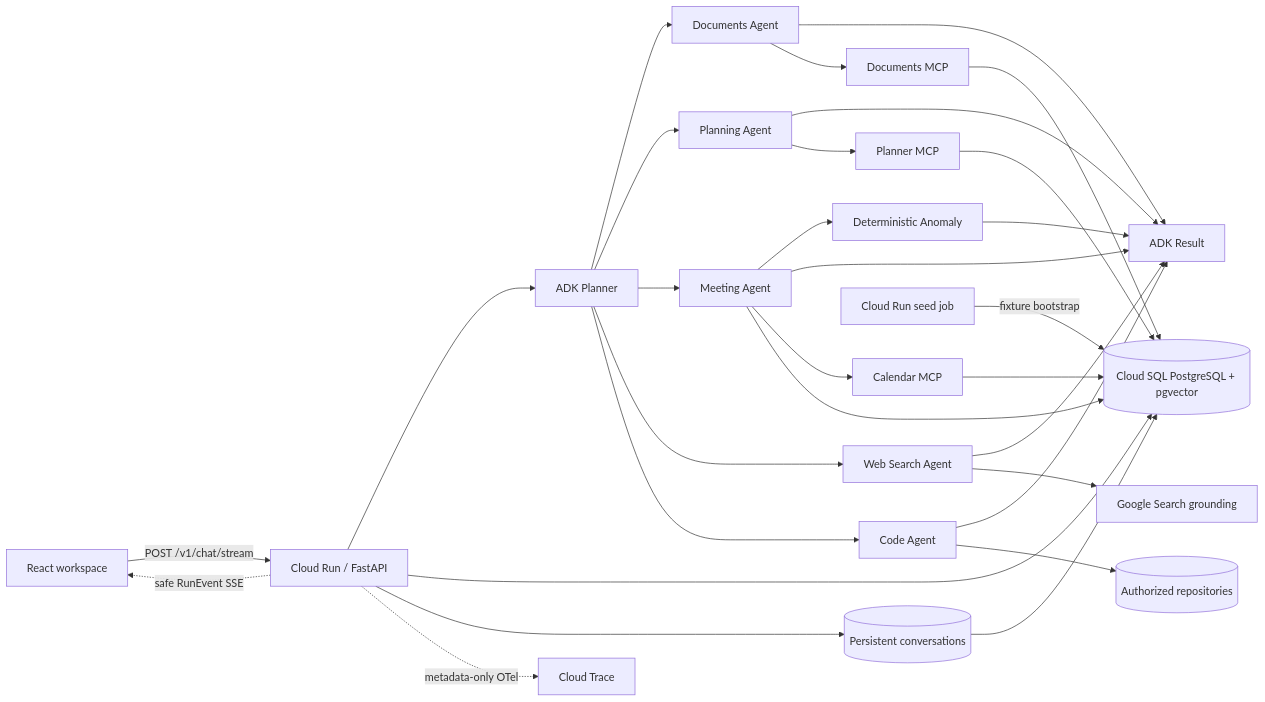
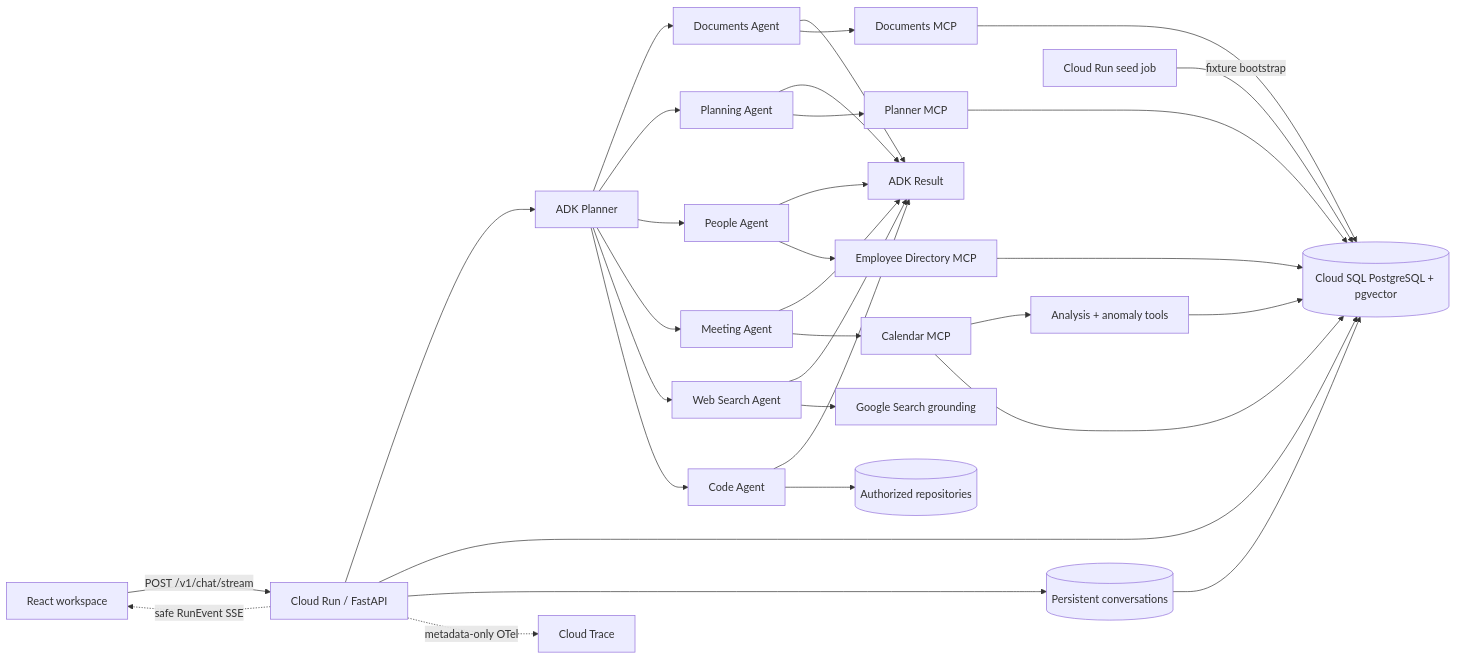
Before and after one commit to mihir224/lotus: the diagram in docs/architecture.md, drawn with Mermaid. The commit also changed other lines of this file and 23 other files, not shown here.

Commit message:
feat: add people agent and simplify meeting analysis

````diff
--- a/docs/architecture.md
+++ b/docs/architecture.md
@@ -7,32 +7,35 @@
 ```mermaid
 flowchart LR
   UI[React workspace] -->|POST /v1/chat/stream| API[Cloud Run / FastAPI]
   API --> Planner[ADK Planner]
   Planner --> Docs[Documents Agent]
   Planner --> Planning[Planning Agent]
+  Planner --> People[People Agent]
   Planner --> Meeting[Meeting Agent]
   Planner --> Web[Web Search Agent]
   Planner --> Code[Code Agent]
-  Meeting --> Anomaly[Deterministic Anomaly]
   Docs --> Result[ADK Result]
   Planning --> Result
+  People --> Result
   Meeting --> Result
   Web --> Result
   Code --> Result
-  Anomaly --> Result
   Docs --> DocsMCP[Documents MCP]
   Planning --> PlannerMCP[Planner MCP]
+  People --> PeopleMCP[Employee Directory MCP]
   Meeting --> CalendarMCP[Calendar MCP]
+  CalendarMCP --> MeetingTools[Analysis + anomaly tools]
   DocsMCP --> PG[(Cloud SQL PostgreSQL + pgvector)]
   PlannerMCP --> PG
+  PeopleMCP --> PG
   CalendarMCP --> PG
-  Meeting --> PG
+  MeetingTools --> PG
   API --> PG
   Seed[Cloud Run seed job] -->|fixture bootstrap| PG
   Web --> Search[Google Search grounding]
   Code --> Repos[(Authorized repositories)]
   API --> Chat[(Persistent conversations)]
   Chat --> PG
   API -. safe RunEvent SSE .-> UI
   API -. metadata-only OTel .-> Trace[Cloud Trace]
 ```
````
